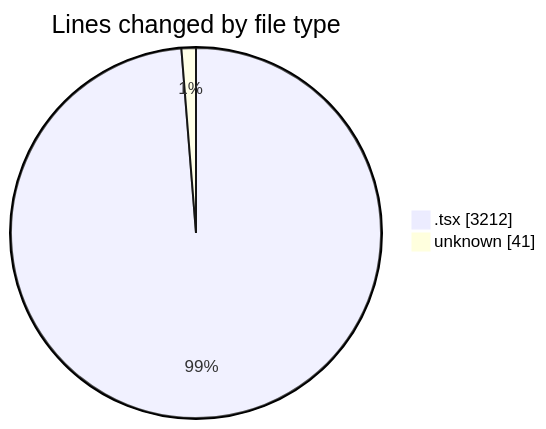
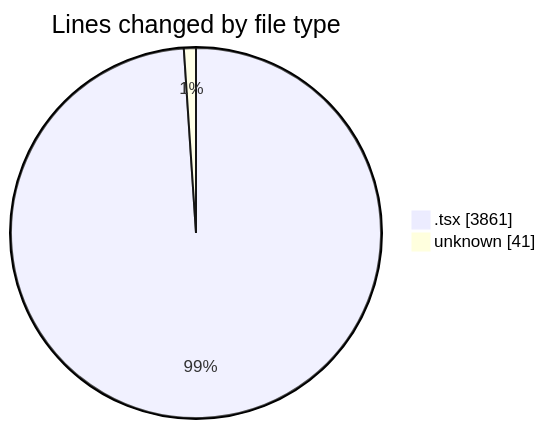
One commit to JenPaints/code-tracking changed the first of 2 diagrams in 2025-05-29/kimberly-groups/README.md. Above: the diagram before and after it, drawn with Mermaid. The commit also changed other lines of this file and 1 other file, not shown here.

````diff
--- a/2025-05-29/kimberly-groups/README.md
+++ b/2025-05-29/kimberly-groups/README.md
@@ -28,6 +28,6 @@
 ```mermaid
 pie showData
 title Lines changed by file type
-".tsx" : 3212
+".tsx" : 3861
 "unknown" : 41
 ```
````
